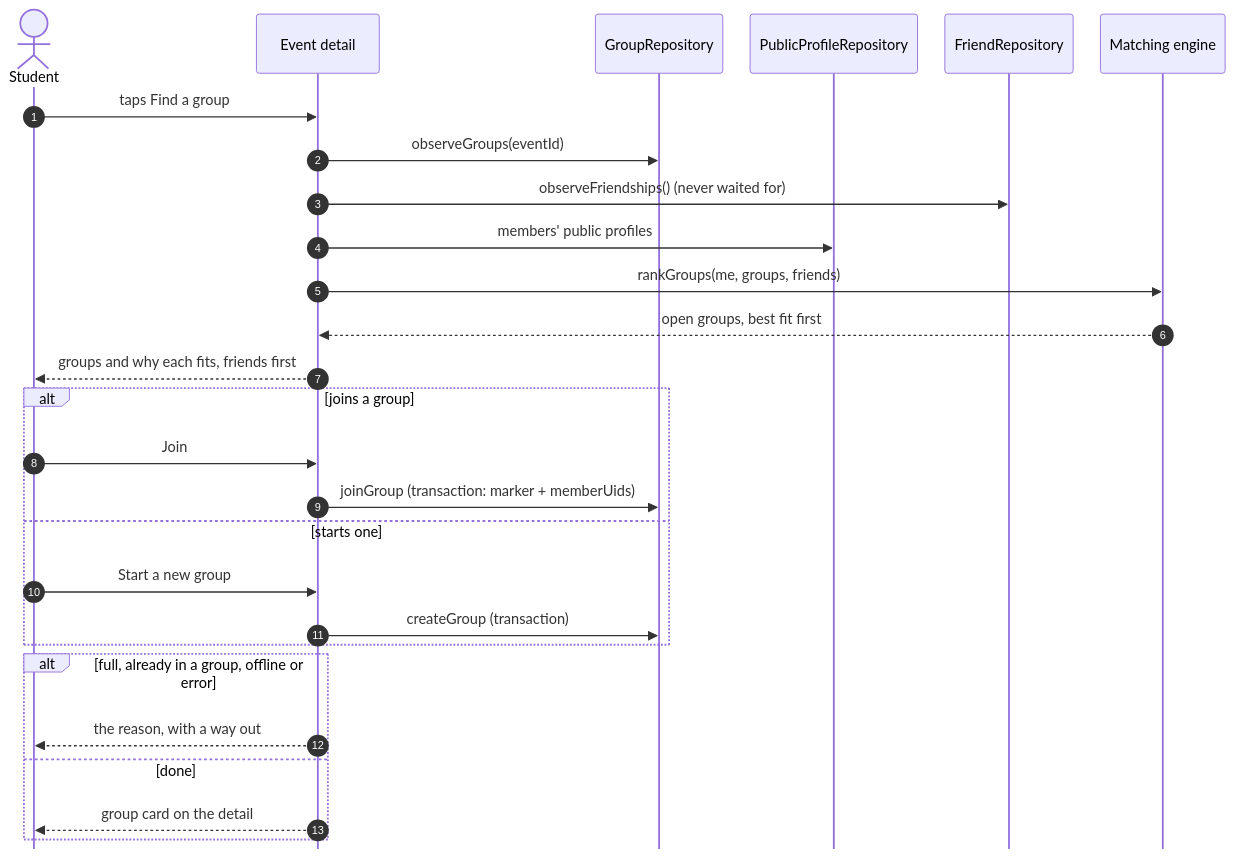
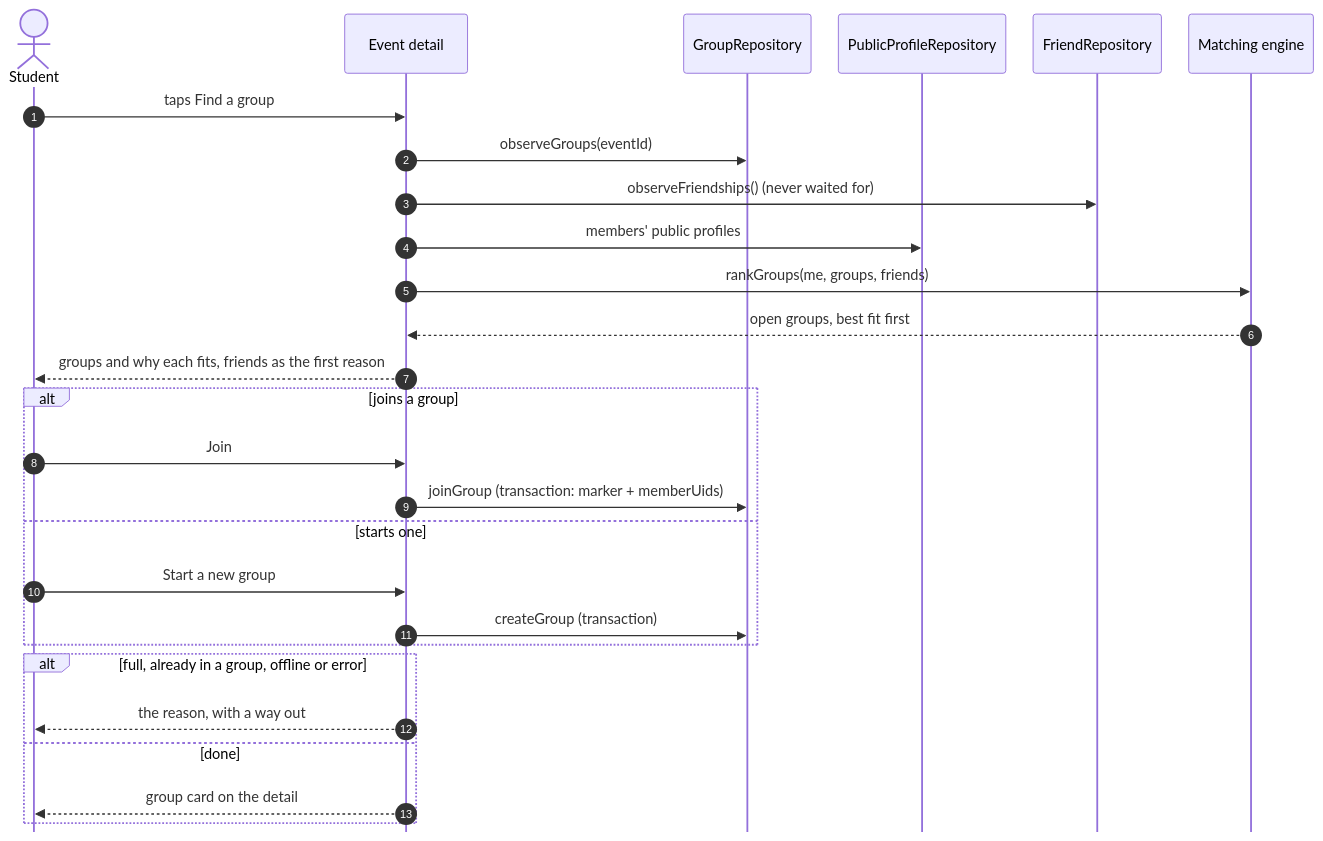
One commit to swent-polysocial/PolySocial changed diagram 15 of 16 in docs/Architecture-Diagram.md. Above: the diagram before and after it, drawn with Mermaid. The commit also changed other lines of this file and 2 other files, not shown here.

First line of the commit message:
docs: say a friend ranks a group higher, not first

````diff
--- a/docs/Architecture-Diagram.md
+++ b/docs/Architecture-Diagram.md
@@ -951,30 +951,30 @@
 ```mermaid
 %%{init: {"sequence": {"mirrorActors": false, "actorMargin": 30, "width": 135, "actorFontSize": 15, "messageFontSize": 15, "noteFontSize": 14}}}%%
 sequenceDiagram
   autonumber
   actor S as Student
   participant App as Event detail
   participant GR as GroupRepository
   participant PR as PublicProfileRepository
   participant FR as FriendRepository
   participant ME as Matching engine
   S->>App: taps Find a group
   App->>GR: observeGroups(eventId)
   App->>FR: observeFriendships() (never waited for)
   App->>PR: members' public profiles
   App->>ME: rankGroups(me, groups, friends)
   ME-->>App: open groups, best fit first
-  App-->>S: groups and why each fits, friends first
+  App-->>S: groups and why each fits, friends as the first reason
   alt joins a group
     S->>App: Join
     App->>GR: joinGroup (transaction: marker + memberUids)
   else starts one
     S->>App: Start a new group
     App->>GR: createGroup (transaction)
   end
   alt full, already in a group, offline or error
     App-->>S: the reason, with a way out
   else done
     App-->>S: group card on the detail
   end
 ```
````
